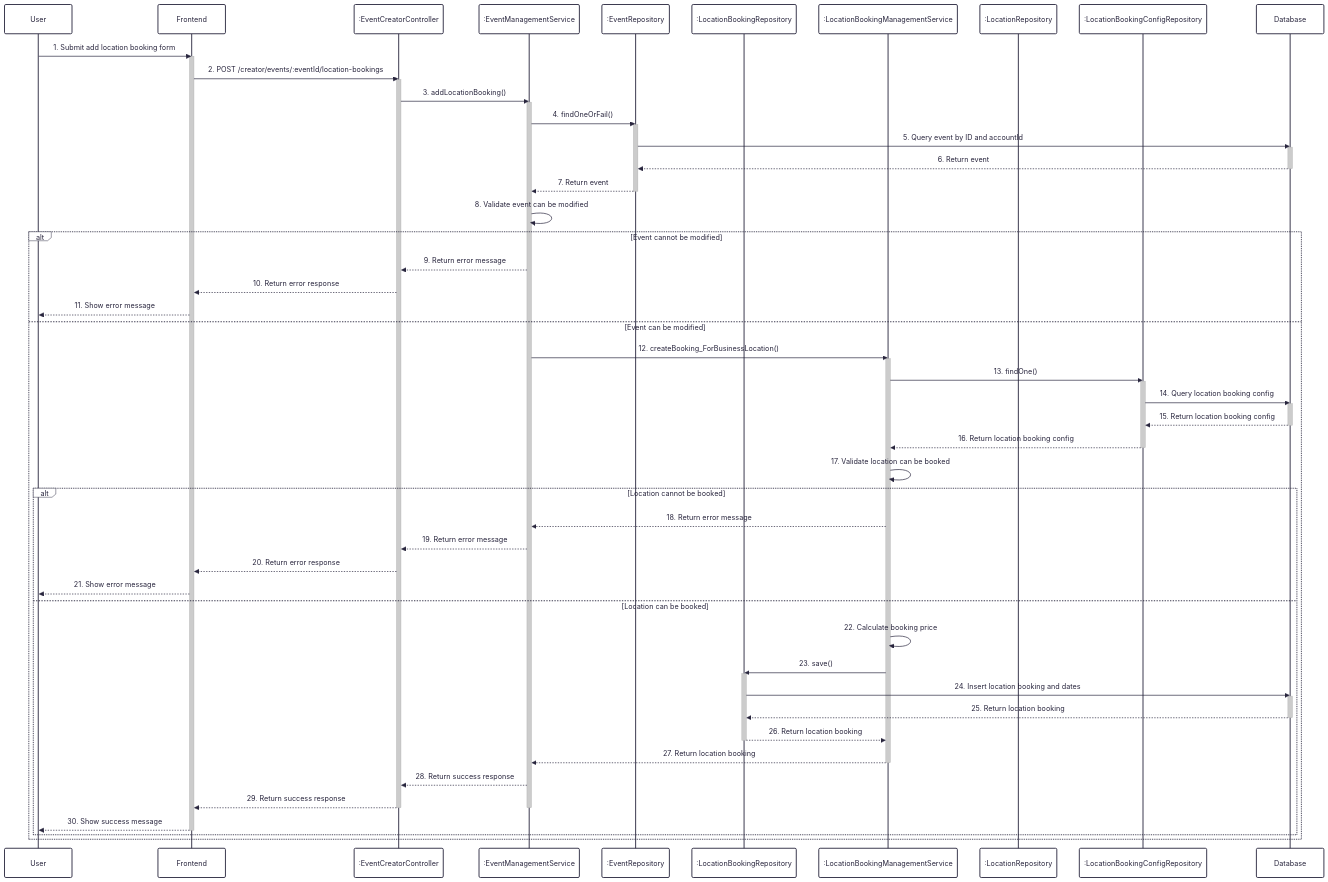
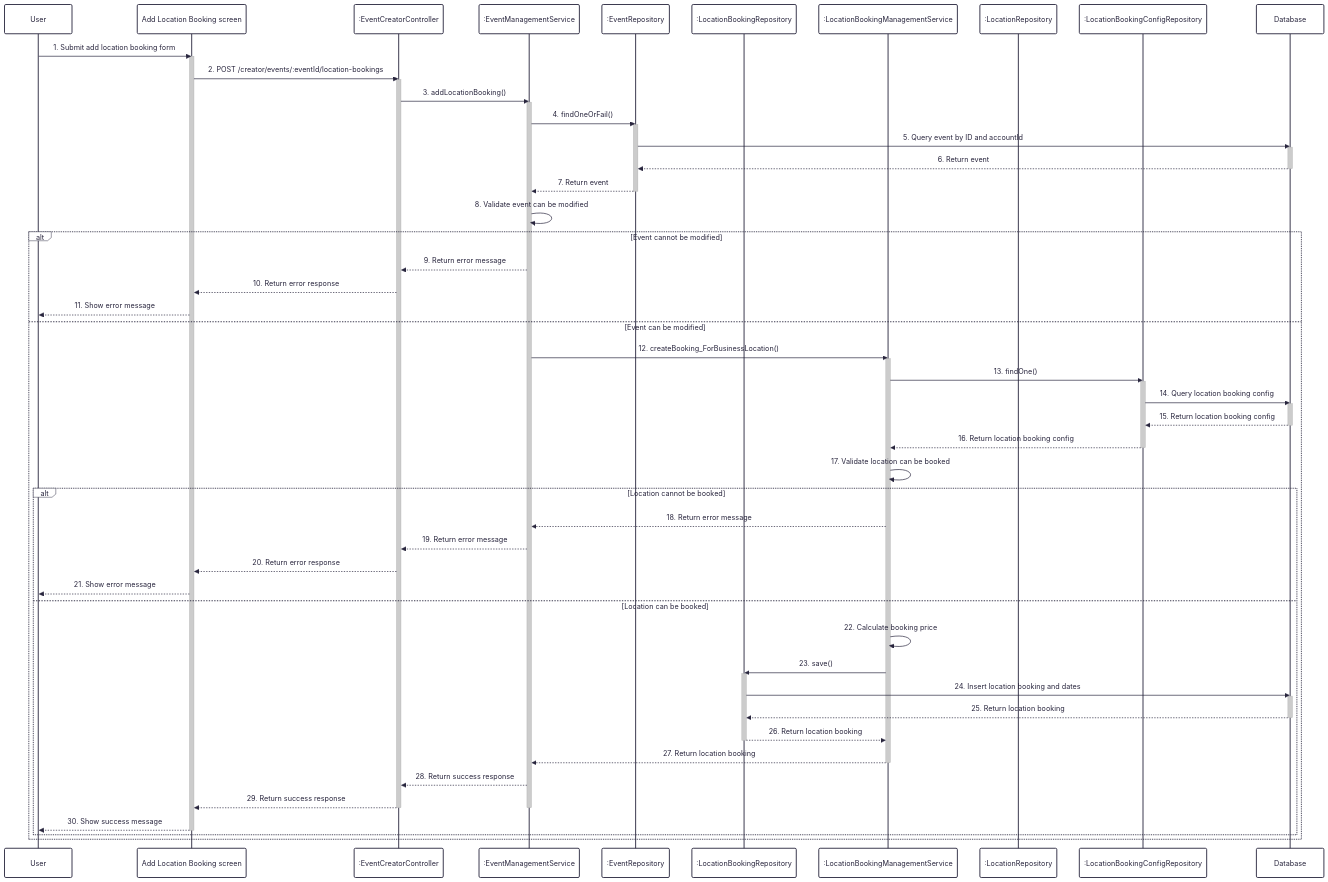
One commit to UrbanLens-2025/urban-lens_server changed the diagram in docs/sequence/6-add-location-booking-to-event.md. Above: the diagram before and after it, drawn with Mermaid. The commit also changed 11 other files, not shown here.

Commit message:
Sequence diagrams

````diff
--- a/docs/sequence/6-add-location-booking-to-event.md
+++ b/docs/sequence/6-add-location-booking-to-event.md
@@ -1,75 +1,75 @@
 ```mermaid
 ---
 config:
   theme: redux
   look: classic
 ---
 sequenceDiagram
     participant User
-    participant Frontend
+    participant Frontend as Add Location Booking screen
     participant EventCreatorController as :EventCreatorController
     participant EventManagementService as :EventManagementService
     participant EventRepository as :EventRepository
     participant LocationBookingRepository as :LocationBookingRepository
     participant LocationBookingManagementService as :LocationBookingManagementService
     participant LocationRepository as :LocationRepository
     participant LocationBookingConfigRepository as :LocationBookingConfigRepository
     participant Database
 
     User->>Frontend: 1. Submit add location booking form
     activate Frontend
     Frontend->>EventCreatorController: 2. POST /creator/events/:eventId/location-bookings
     activate EventCreatorController
     EventCreatorController->>EventManagementService: 3. addLocationBooking()
     activate EventManagementService
     EventManagementService->>EventRepository: 4. findOneOrFail()
     activate EventRepository
     EventRepository->>Database: 5. Query event by ID and accountId
     activate Database
     Database-->>EventRepository: 6. Return event
     deactivate Database
     EventRepository-->>EventManagementService: 7. Return event
     deactivate EventRepository
     EventManagementService->>EventManagementService: 8. Validate event can be modified
     alt Event cannot be modified
         EventManagementService-->>EventCreatorController: 9. Return error message
         EventCreatorController-->>Frontend: 10. Return error response
         Frontend-->>User: 11. Show error message
     else Event can be modified
         EventManagementService->>LocationBookingManagementService: 12. createBooking_ForBusinessLocation()
         activate LocationBookingManagementService
         LocationBookingManagementService->>LocationBookingConfigRepository: 13. findOne()
         activate LocationBookingConfigRepository
         LocationBookingConfigRepository->>Database: 14. Query location booking config
         activate Database
         Database-->>LocationBookingConfigRepository: 15. Return location booking config
         deactivate Database
         LocationBookingConfigRepository-->>LocationBookingManagementService: 16. Return location booking config
         deactivate LocationBookingConfigRepository
         LocationBookingManagementService->>LocationBookingManagementService: 17. Validate location can be booked
         alt Location cannot be booked
             LocationBookingManagementService-->>EventManagementService: 18. Return error message
             EventManagementService-->>EventCreatorController: 19. Return error message
             EventCreatorController-->>Frontend: 20. Return error response
             Frontend-->>User: 21. Show error message
         else Location can be booked
             LocationBookingManagementService->>LocationBookingManagementService: 22. Calculate booking price
             LocationBookingManagementService->>LocationBookingRepository: 23. save()
             activate LocationBookingRepository
             LocationBookingRepository->>Database: 24. Insert location booking and dates
             activate Database
             Database-->>LocationBookingRepository: 25. Return location booking
             deactivate Database
             LocationBookingRepository-->>LocationBookingManagementService: 26. Return location booking
             deactivate LocationBookingRepository
             LocationBookingManagementService-->>EventManagementService: 27. Return location booking
             deactivate LocationBookingManagementService
             EventManagementService-->>EventCreatorController: 28. Return success response
             EventCreatorController-->>Frontend: 29. Return success response
             deactivate EventManagementService
             deactivate EventCreatorController
             Frontend-->>User: 30. Show success message
             deactivate Frontend
         end
     end
 ```
````
